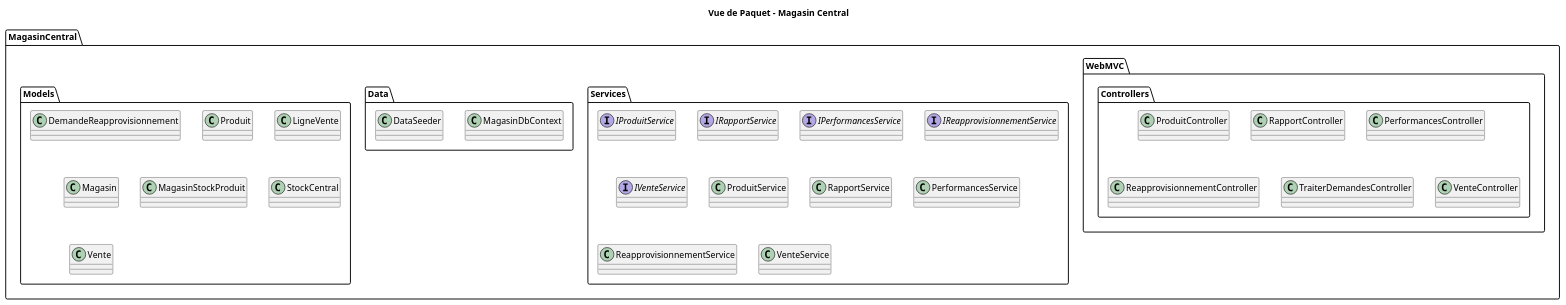
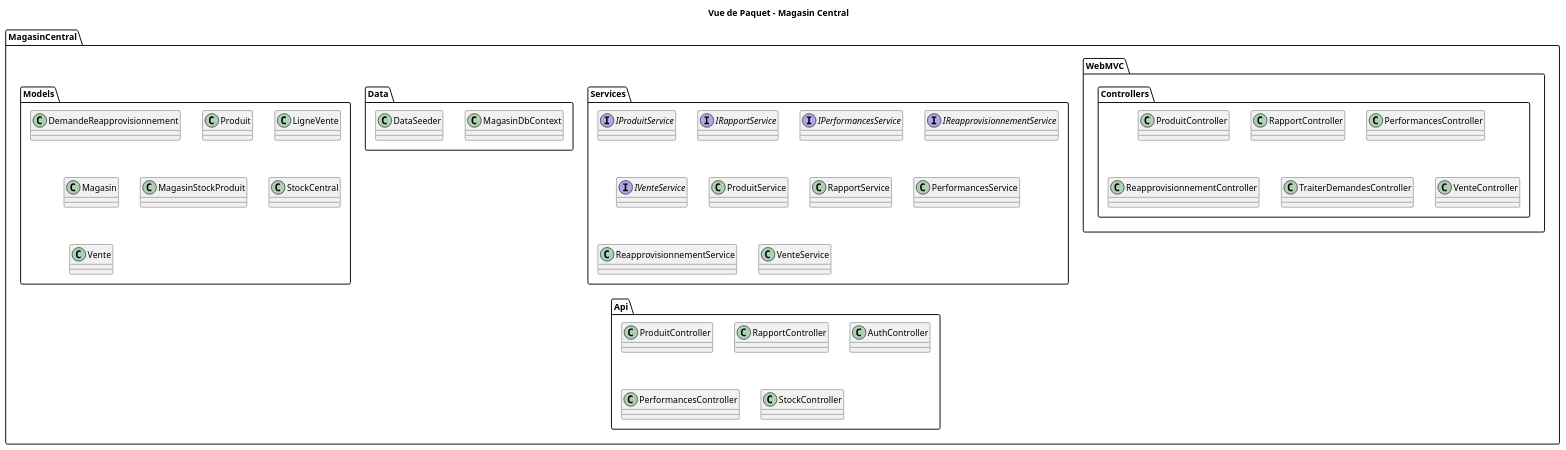
One commit to itsahmed98/log430-lab3-magasinMVC-api changed the diagram in docs/UML/VueDevelopement-Package.puml. Above: the diagram before and after it, drawn with PlantUML. The commit also changed 4 other files, not shown here.

Commit message:
mettre a jour les diagrammes et le readme

```diff
--- a/docs/UML/VueDevelopement-Package.puml
+++ b/docs/UML/VueDevelopement-Package.puml
@@ -1,45 +1,55 @@
 @startuml VuePaquet_MagasinCentral
 title Vue de Paquet - Magasin Central
 top to bottom direction
 
-package "MagasinCentral.WebMVC" {
-  package Controllers {
-    class ProduitController
-    class RapportController
-    class PerformancesController
-    class ReapprovisionnementController
-    class TraiterDemandesController
-    class VenteController
+package "MagasinCentral" {
+  package "MagasinCentral.WebMVC" {
+    package Controllers {
+      class ProduitController
+      class RapportController
+      class PerformancesController
+      class ReapprovisionnementController
+      class TraiterDemandesController
+      class VenteController
+    }
+  }
+
+  package "MagasinCentral.Services" {
+    interface IProduitService
+    interface IRapportService
+    interface IPerformancesService
+    interface IReapprovisionnementService
+    interface IVenteService
+
+    class ProduitService
+    class RapportService
+    class PerformancesService
+    class ReapprovisionnementService
+    class VenteService
+  }
+
+  package "MagasinCentral.Data" {
+    class MagasinDbContext
+    class DataSeeder
+  }
+
+  package "MagasinCentral.Models" {
+    class DemandeReapprovisionnement
+    class Produit
+    class LigneVente
+    class Magasin
+    class MagasinStockProduit
+    class StockCentral
+    class Vente
+  }
+
+  package "Api" {
+      class ProduitController {}
+      class RapportController {}
+      class AuthController {}
+      class PerformancesController {}
+      class StockController {}
   }
 }
 
-package "MagasinCentral.Services" {
-  interface IProduitService
-  interface IRapportService
-  interface IPerformancesService
-  interface IReapprovisionnementService
-  interface IVenteService
-
-  class ProduitService
-  class RapportService
-  class PerformancesService
-  class ReapprovisionnementService
-  class VenteService
-}
-
-package "MagasinCentral.Data" {
-  class MagasinDbContext
-  class DataSeeder
-}
-
-package "MagasinCentral.Models" {
-  class DemandeReapprovisionnement
-  class Produit
-  class LigneVente
-  class Magasin
-  class MagasinStockProduit
-  class StockCentral
-  class Vente
-}
-
 @enduml
```
